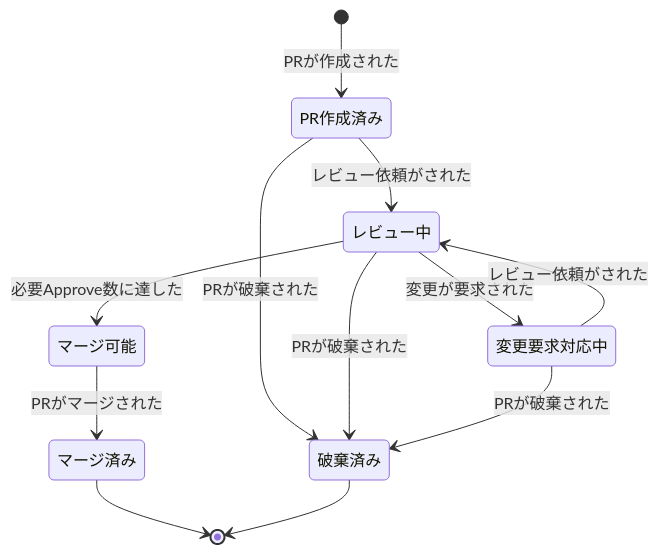
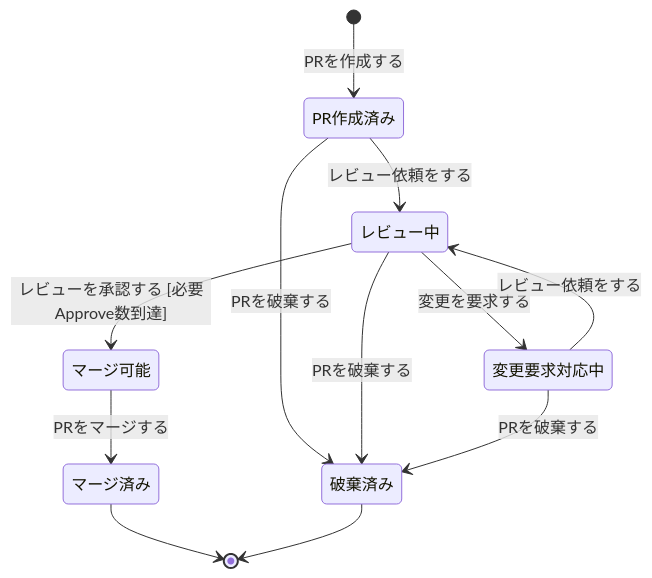
The sixth of 7 diagrams in docs/development/event-storming.md (kuchita-el/claude-shared-skills), drawn with Mermaid before and after one commit. The commit also changed other lines of this file, not shown here.

First line of the commit message:
docs(event-storming): mermaid 遷移ラベル規約を R1（コマンド+ガード条件）に統一 (#184)

````diff
--- a/docs/development/event-storming.md
+++ b/docs/development/event-storming.md
@@ -255,14 +263,14 @@
 ```mermaid
 stateDiagram-v2
-    [*] --> PR作成済み: PRが作成された
-    PR作成済み --> レビュー中: レビュー依頼がされた
-    PR作成済み --> 破棄済み: PRが破棄された
-    レビュー中 --> 変更要求対応中: 変更が要求された
-    レビュー中 --> マージ可能: 必要Approve数に達した
-    レビュー中 --> 破棄済み: PRが破棄された
-    変更要求対応中 --> レビュー中: レビュー依頼がされた
-    変更要求対応中 --> 破棄済み: PRが破棄された
-    マージ可能 --> マージ済み: PRがマージされた
+    [*] --> PR作成済み: PRを作成する
+    PR作成済み --> レビュー中: レビュー依頼をする
+    PR作成済み --> 破棄済み: PRを破棄する
+    レビュー中 --> 変更要求対応中: 変更を要求する
+    レビュー中 --> マージ可能: レビューを承認する [必要Approve数到達]
+    レビュー中 --> 破棄済み: PRを破棄する
+    変更要求対応中 --> レビュー中: レビュー依頼をする
+    変更要求対応中 --> 破棄済み: PRを破棄する
+    マージ可能 --> マージ済み: PRをマージする
     マージ済み --> [*]
     破棄済み --> [*]
 ```
````
